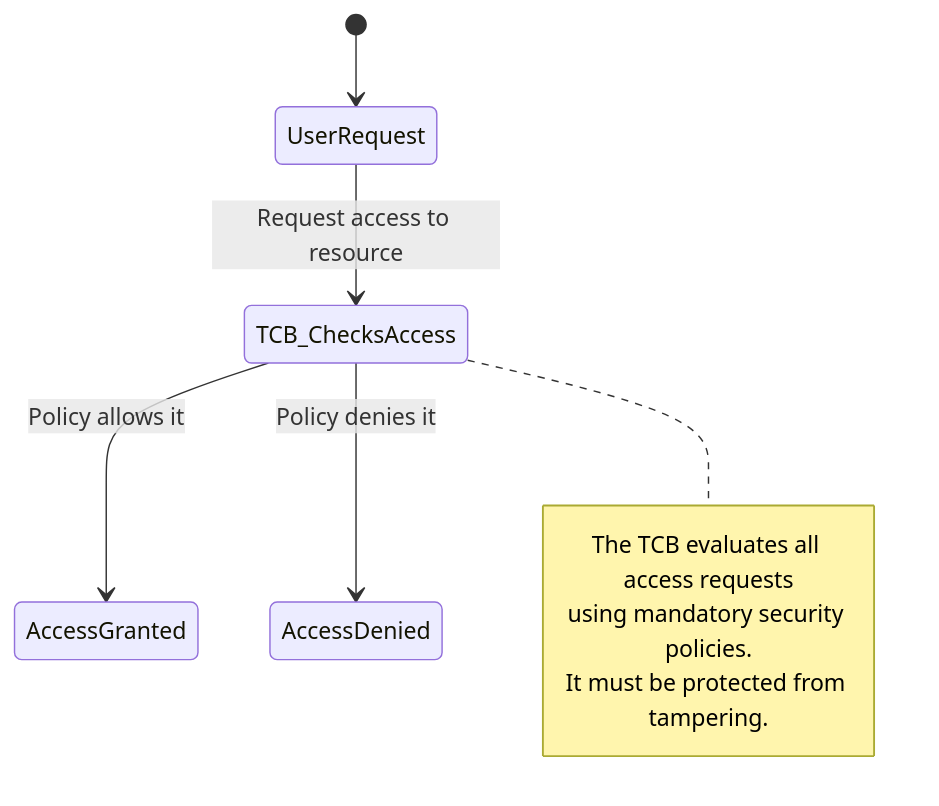
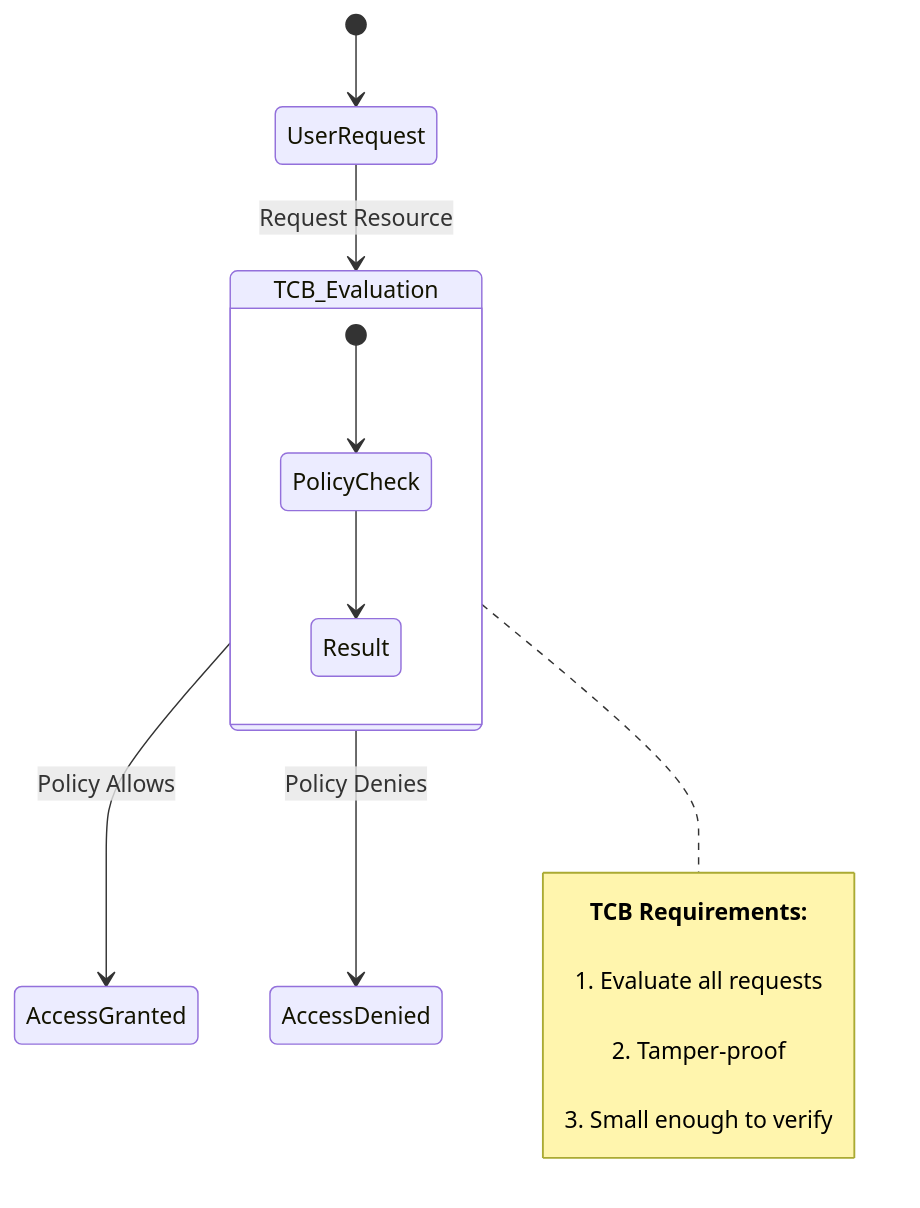
One commit to lorenzoleonelli/CISSP-Zero-to-Hero changed the first of 15 diagrams in DOMAIN3: Security Architecture and Engineering/3.02 Understand the fundamental concepts of security models (e.g. Biba, Star Model, Bell Lapadula).md. Above: the diagram before and after it, drawn with Mermaid. The commit also changed other lines of this file, not shown here.

Commit message:
Update 3.02 Understand the fundamental concepts of security models (e.g. Biba, Star Model, Bell Lapadula).md

````diff
--- a/DOMAIN3: Security Architecture and Engineering/3.02 Understand the fundamental concepts of security models (e.g. Biba, Star Model, Bell Lapadula).md
+++ b/DOMAIN3: Security Architecture and Engineering/3.02 Understand the fundamental concepts of security models (e.g. Biba, Star Model, Bell Lapadula).md
@@ -10,16 +10,22 @@
 ```mermaid
 stateDiagram-v2
     [*] --> UserRequest
+    
+    UserRequest --> TCB_Evaluation : Request Resource
+    
+    state TCB_Evaluation {
+        direction TB
+        [*] --> PolicyCheck
+        PolicyCheck --> Result
+    }
 
-    UserRequest --> TCB_ChecksAccess : Request access to resource
-    TCB_ChecksAccess --> AccessGranted : Policy allows it
-    TCB_ChecksAccess --> AccessDenied : Policy denies it
+    TCB_Evaluation --> AccessGranted : Policy Allows
+    TCB_Evaluation --> AccessDenied : Policy Denies
 
-    note right of TCB_ChecksAccess
-      The TCB evaluates all access requests
-      using mandatory security policies.
-      It must be protected from tampering.
+    note right of TCB_Evaluation
+        <b>TCB Requirements:</b>
+        <br/>1. Evaluate all requests
+        <br/>2. Tamper-proof
+        <br/>3. Small enough to verify
     end note
-
-
 ```
````
